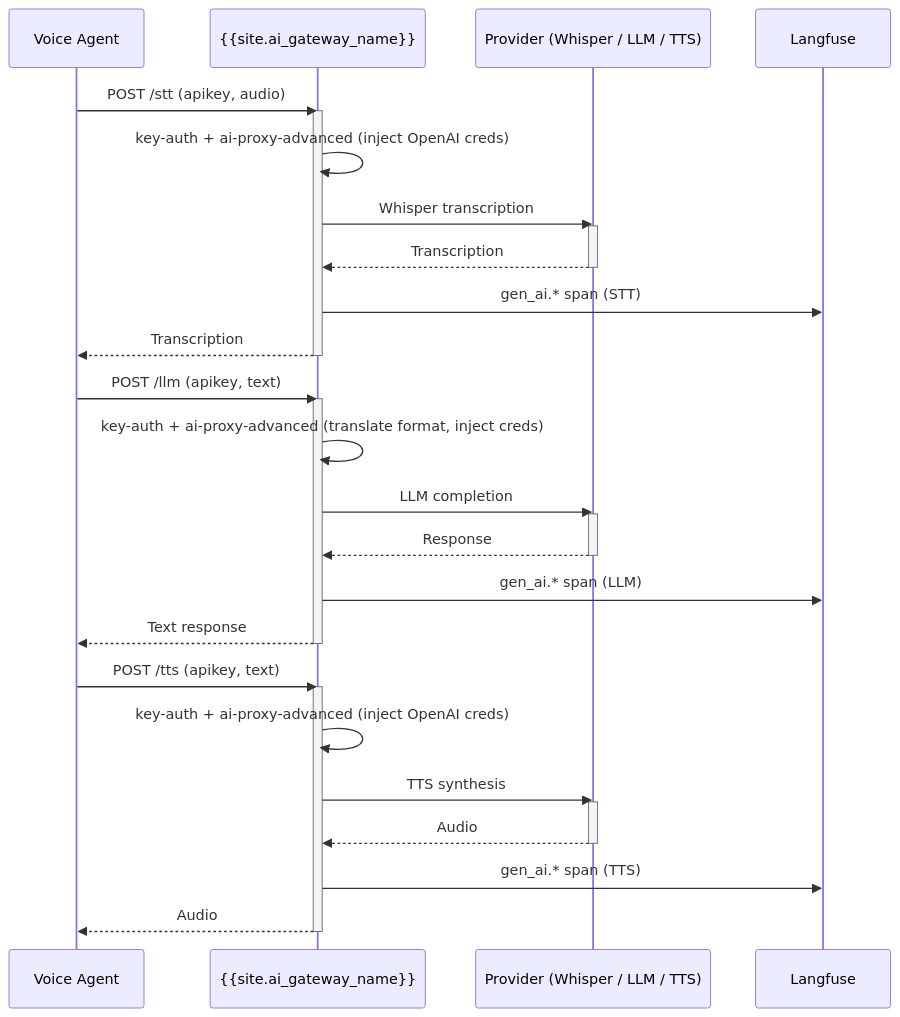
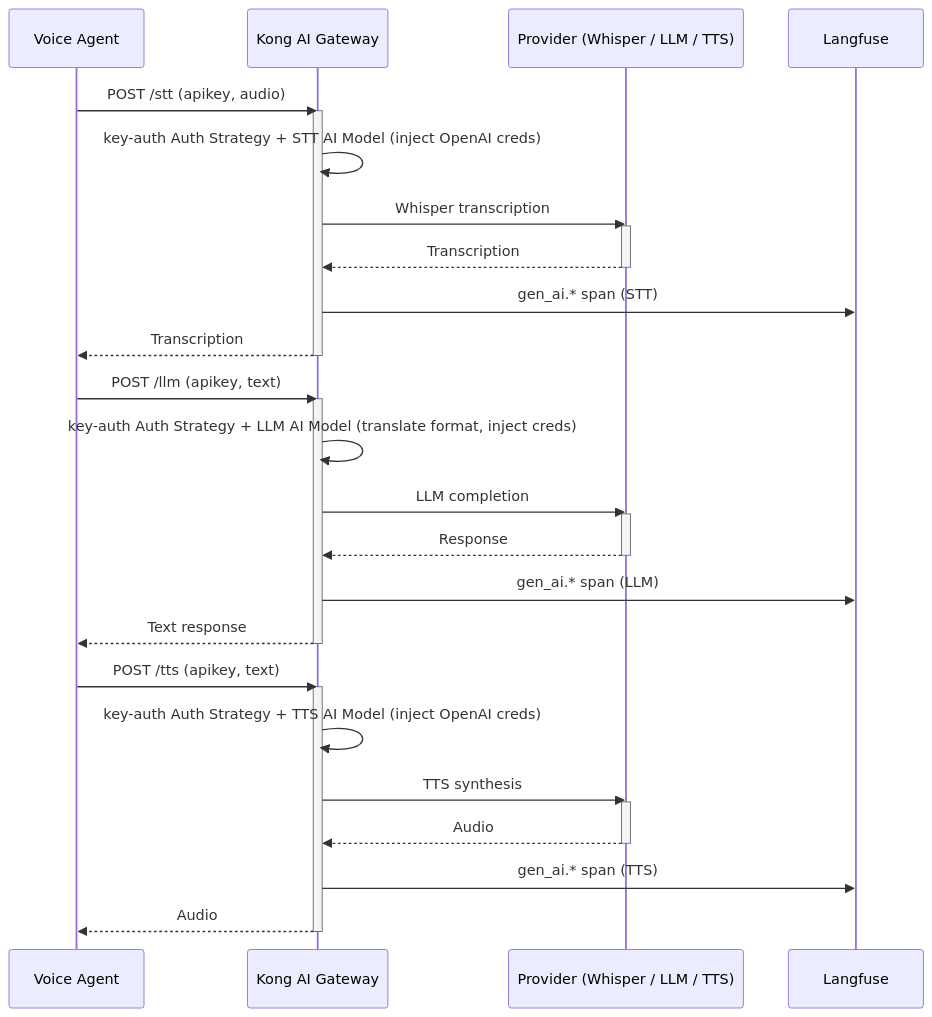
Before and after one commit to Kong/developer.konghq.com: the diagram in app/_cookbooks/voice-ai-observability.md, drawn with Mermaid. The commit also changed other lines of this file and 11 other files, not shown here.

```diff
--- a/app/_cookbooks/voice-ai-observability.md
+++ b/app/_cookbooks/voice-ai-observability.md
@@ -228,40 +249,40 @@
 {% mermaid %}
 sequenceDiagram
     participant V as Voice Agent
-    participant K as {{site.ai_gateway_name}}
+    participant K as Kong AI Gateway
     participant P as Provider (Whisper / LLM / TTS)
     participant Lf as Langfuse
 
     V->>K: POST /stt (apikey, audio)
     activate K
-    K->>K: key-auth + ai-proxy-advanced (inject OpenAI creds)
+    K->>K: key-auth Auth Strategy + STT AI Model (inject OpenAI creds)
     K->>P: Whisper transcription
     activate P
     P-->>K: Transcription
     deactivate P
     K->>Lf: gen_ai.* span (STT)
     K-->>V: Transcription
     deactivate K
 
     V->>K: POST /llm (apikey, text)
     activate K
-    K->>K: key-auth + ai-proxy-advanced (translate format, inject creds)
+    K->>K: key-auth Auth Strategy + LLM AI Model (translate format, inject creds)
     K->>P: LLM completion
     activate P
     P-->>K: Response
     deactivate P
     K->>Lf: gen_ai.* span (LLM)
     K-->>V: Text response
     deactivate K
 
     V->>K: POST /tts (apikey, text)
     activate K
-    K->>K: key-auth + ai-proxy-advanced (inject OpenAI creds)
+    K->>K: key-auth Auth Strategy + TTS AI Model (inject OpenAI creds)
     K->>P: TTS synthesis
     activate P
     P-->>K: Audio
     deactivate P
     K->>Lf: gen_ai.* span (TTS)
     K-->>V: Audio
     deactivate K
 {% endmermaid %}
```
